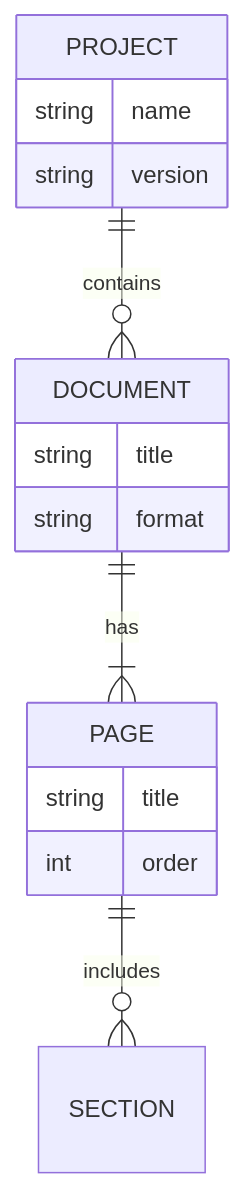
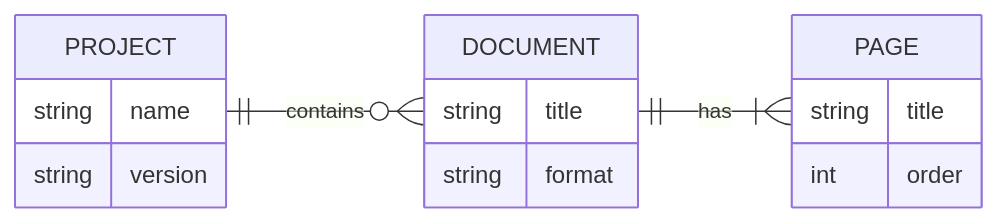
Before and after one commit to r4sky0/sphinx-lumina-theme: the tenth of 12 diagrams in docs/reference/diagrams.md, drawn with Mermaid. The commit also changed other lines of this file and 9 other files, not shown here.

Commit message:
feat(mermaid): refine diagram design and natural sizing (#150)

````diff
--- a/docs/reference/diagrams.md
+++ b/docs/reference/diagrams.md
@@ -216,18 +230,20 @@
 ```{mermaid}
 erDiagram
+    accTitle: Documentation content model
+    accDescr: A project contains documents, and each document has one or more pages.
+    direction LR
     PROJECT ||--o{ DOCUMENT : contains
     DOCUMENT ||--|{ PAGE : has
-    PAGE ||--o{ SECTION : includes
     PROJECT {
         string name
         string version
     }
     DOCUMENT {
         string title
         string format
     }
     PAGE {
         string title
         int order
     }
 ```
````
